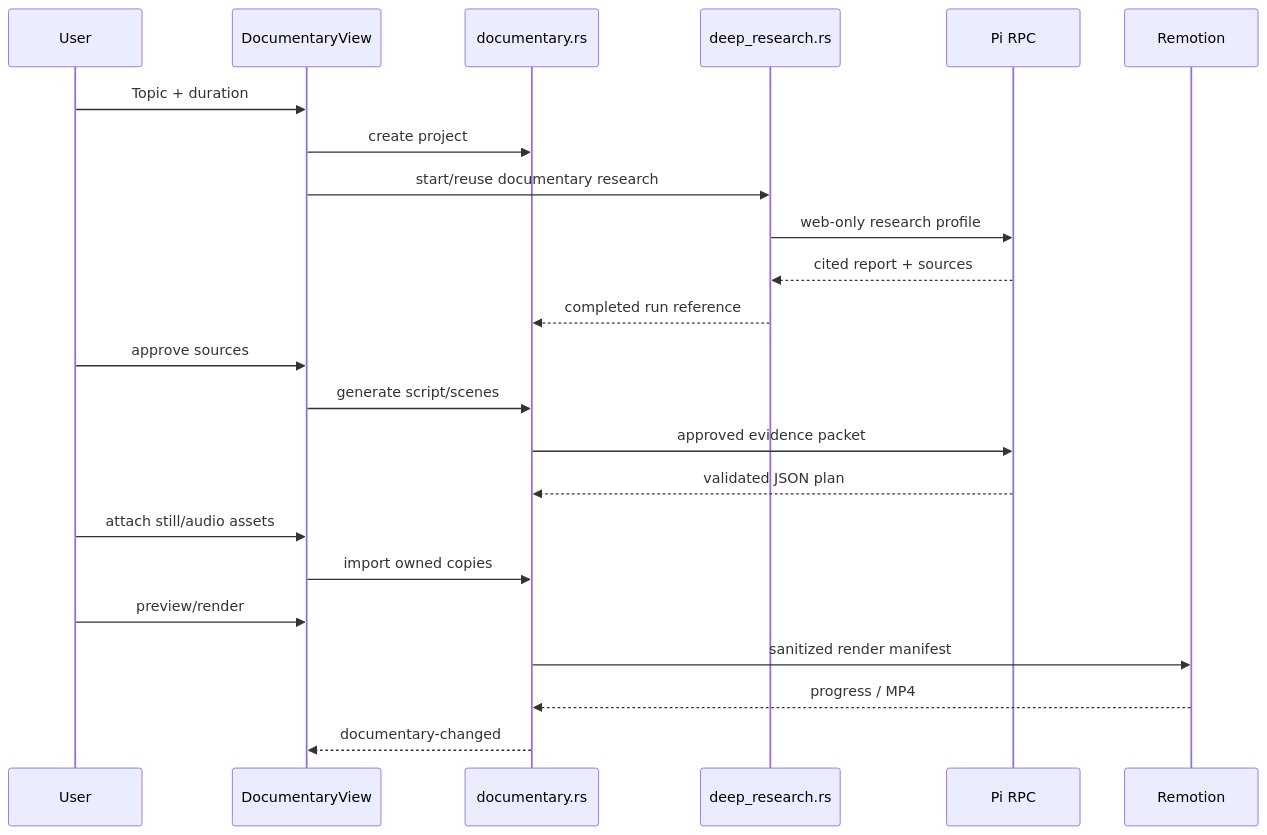
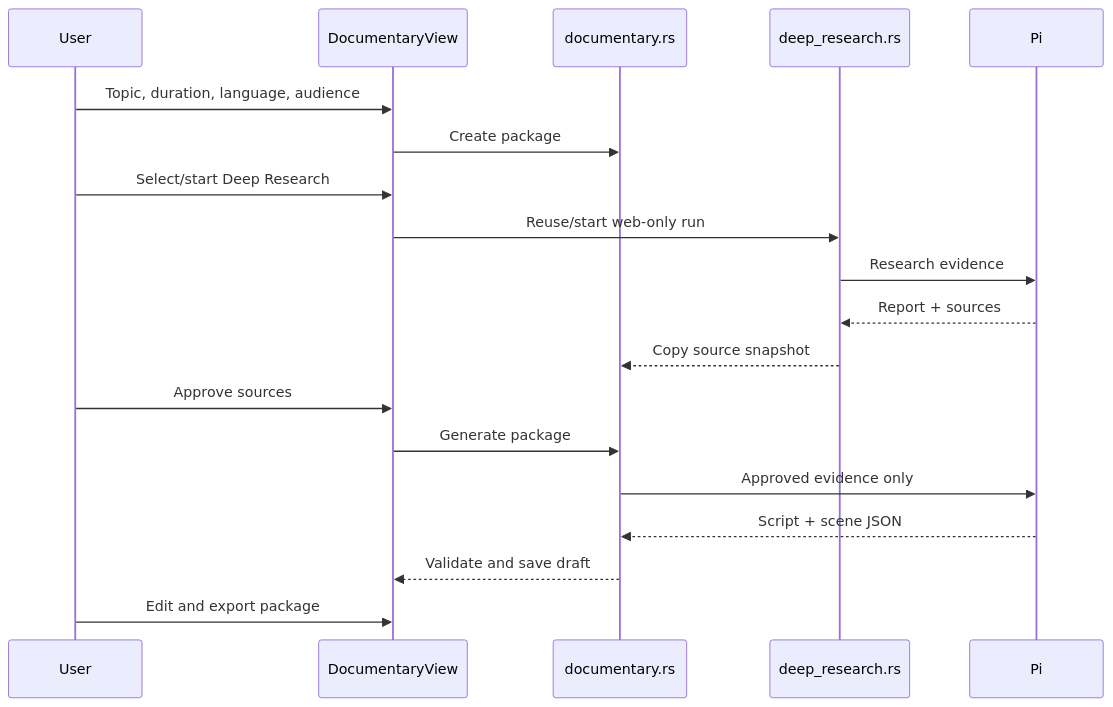
The diagram in docs/plans/2026-08-10-001-feat-researched-remotion-documentary-workflow-plan.md (rfkokt/command-rdev-center), drawn with Mermaid before and after one commit. The commit also changed other lines of this file, not shown here.

Commit message:
docs: narrow documentary workflow MVP

````diff
--- a/docs/plans/2026-08-10-001-feat-researched-remotion-documentary-workflow-plan.md
+++ b/docs/plans/2026-08-10-001-feat-researched-remotion-documentary-workflow-plan.md
@@ -170,26 +179,22 @@
 ```mermaid
 sequenceDiagram
   participant U as User
   participant V as DocumentaryView
   participant D as documentary.rs
   participant R as deep_research.rs
-  participant P as Pi RPC
-  participant M as Remotion
+  participant P as Pi
 
-  U->>V: Topic + duration
-  V->>D: create project
-  V->>R: start/reuse documentary research
-  R->>P: web-only research profile
-  P-->>R: cited report + sources
-  R-->>D: completed run reference
-  U->>V: approve sources
-  V->>D: generate script/scenes
-  D->>P: approved evidence packet
-  P-->>D: validated JSON plan
-  U->>V: attach still/audio assets
-  V->>D: import owned copies
-  U->>V: preview/render
-  D->>M: sanitized render manifest
-  M-->>D: progress / MP4
-  D-->>V: documentary-changed
+  U->>V: Topic, duration, language, audience
+  V->>D: Create package
+  U->>V: Select/start Deep Research
+  V->>R: Reuse/start web-only run
+  R->>P: Research evidence
+  P-->>R: Report + sources
+  R-->>D: Copy source snapshot
+  U->>V: Approve sources
+  V->>D: Generate package
+  D->>P: Approved evidence only
+  P-->>D: Script + scene JSON
+  D-->>V: Validate and save draft
+  U->>V: Edit and export package
 ```
````
